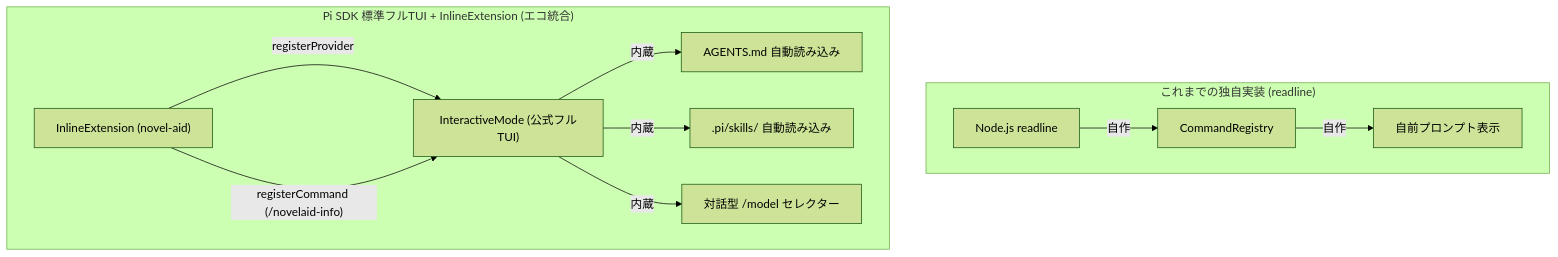
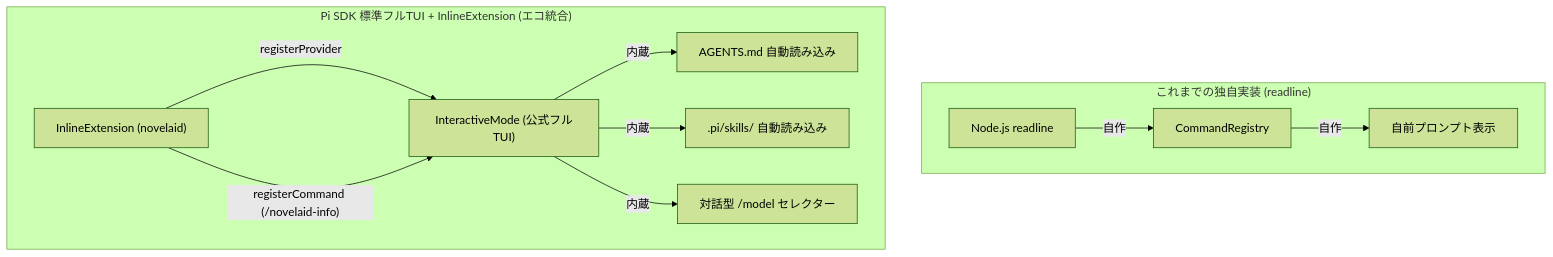
Before and after one commit to mituha/novelaid-cli: the diagram in making/notes/06_Pi_SDK標準TUIとInlineExtensionのエコ統合.md, drawn with Mermaid (forest theme). The commit also changed other lines of this file and 4 other files, not shown here.

Commit message:
refactor(naming): 'novelaid'を単一単語として扱う命名に統一（novel-aid.ts -> novelaid.ts、GEMINI.mdルール策定）

````diff
--- a/making/notes/06_Pi_SDK標準TUIとInlineExtensionのエコ統合.md
+++ b/making/notes/06_Pi_SDK標準TUIとInlineExtensionのエコ統合.md
@@ -49,17 +49,17 @@
 ```mermaid
 flowchart TD
     subgraph "これまでの独自実装 (readline)"
         RL["Node.js readline"] -->|"自作"| DISP["CommandRegistry"]
         DISP -->|"自作"| PS["自前プロンプト表示"]
     end
 
     subgraph "Pi SDK 標準フルTUI + InlineExtension (エコ統合)"
         TUI["InteractiveMode (公式フルTUI)"]
-        EXT["InlineExtension (novel-aid)"]
+        EXT["InlineExtension (novelaid)"]
         TUI -->|"内蔵"| AG["AGENTS.md 自動読み込み"]
         TUI -->|"内蔵"| SK[".pi/skills/ 自動読み込み"]
         TUI -->|"内蔵"| MOD["対話型 /model セレクター"]
         EXT -->|"registerProvider"| TUI
         EXT -->|"registerCommand (/novelaid-info)"| TUI
     end
 ```
````
